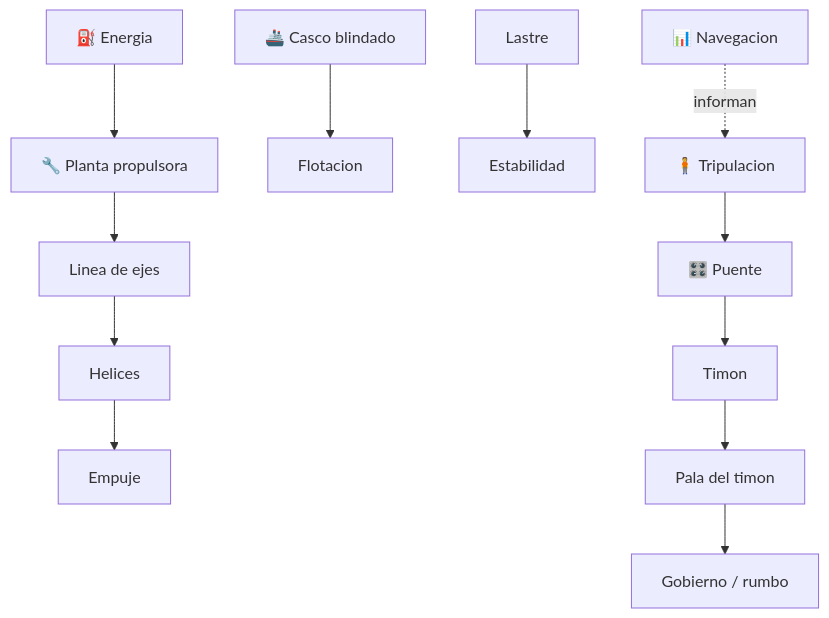
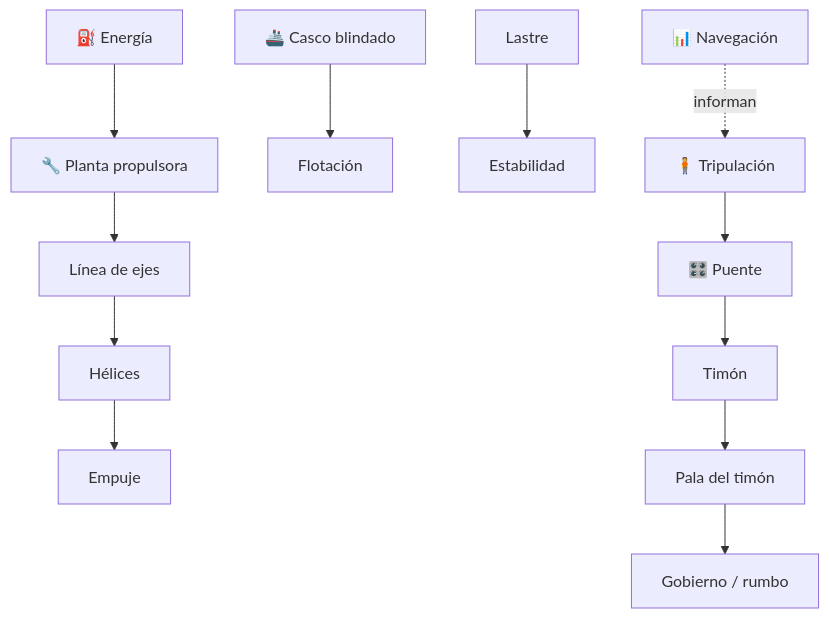
One commit to vladimiracunadev-create/machine-operator-program changed the diagram in vehiculos/acorazados/README.md. Above: the diagram before and after it, drawn with Mermaid. The commit also changed other lines of this file and 442 other files, not shown here.

````diff
--- a/vehiculos/acorazados/README.md
+++ b/vehiculos/acorazados/README.md
@@ -32,14 +32,14 @@
 ```mermaid
 flowchart TD
-    Energia[⛽ Energia] --> Motor[🔧 Planta propulsora]
-    Motor --> Eje[Linea de ejes]
-    Eje --> Helice[Helices]
+    Energia[⛽ Energía] --> Motor[🔧 Planta propulsora]
+    Motor --> Eje[Línea de ejes]
+    Eje --> Helice[Hélices]
     Helice --> Empuje[Empuje]
-    Puente[🎛️ Puente] --> Timon[Timon]
-    Timon --> Pala[Pala del timon]
+    Puente[🎛️ Puente] --> Timon[Timón]
+    Timon --> Pala[Pala del timón]
     Pala --> Gobierno[Gobierno / rumbo]
-    Casco[🚢 Casco blindado] --> Flotacion[Flotacion]
+    Casco[🚢 Casco blindado] --> Flotacion[Flotación]
     Lastre[Lastre] --> Estabilidad[Estabilidad]
-    Instrumentos[📊 Navegacion] -. informan .-> Tripulacion[🧍 Tripulacion]
+    Instrumentos[📊 Navegación] -. informan .-> Tripulacion[🧍 Tripulación]
     Tripulacion --> Puente
 ```
````
